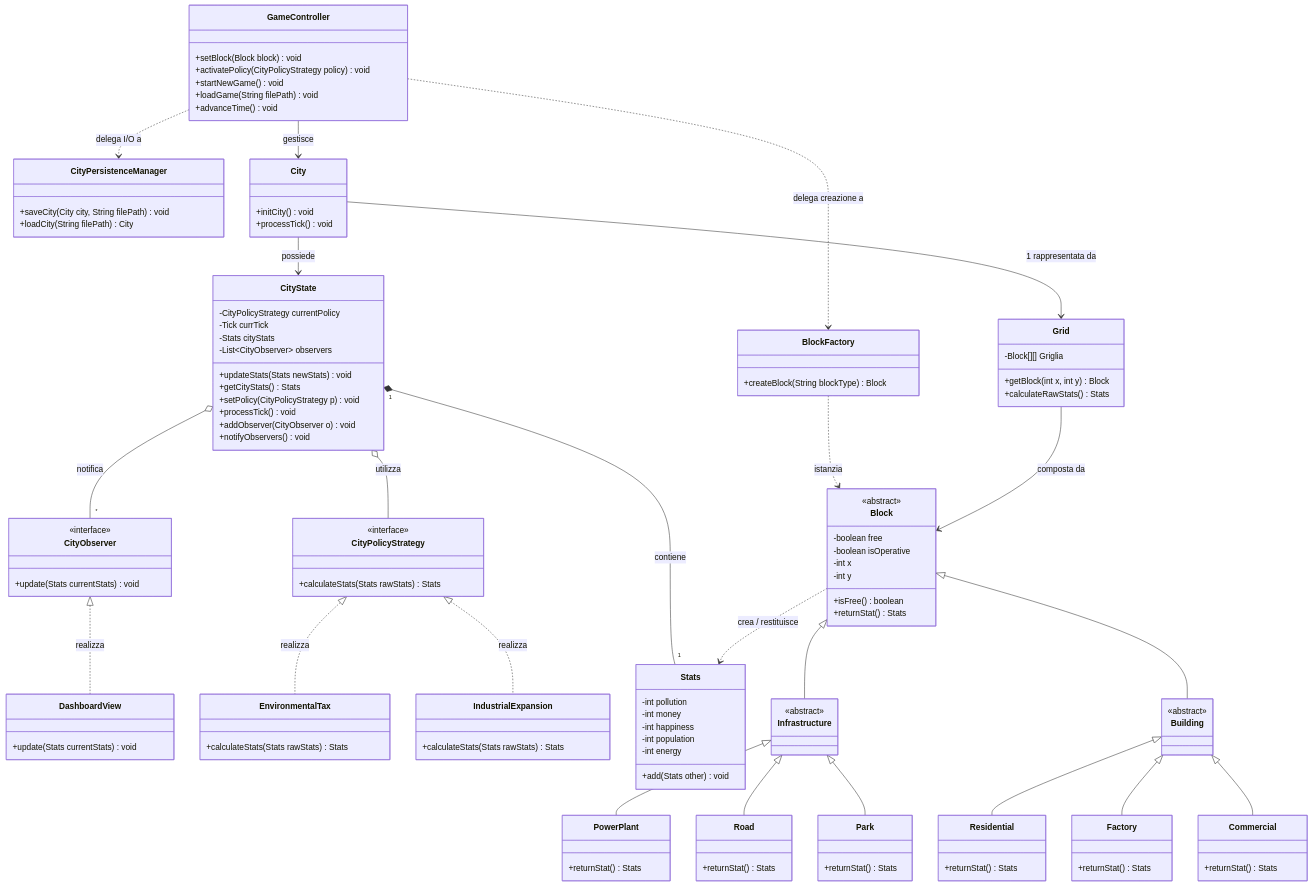
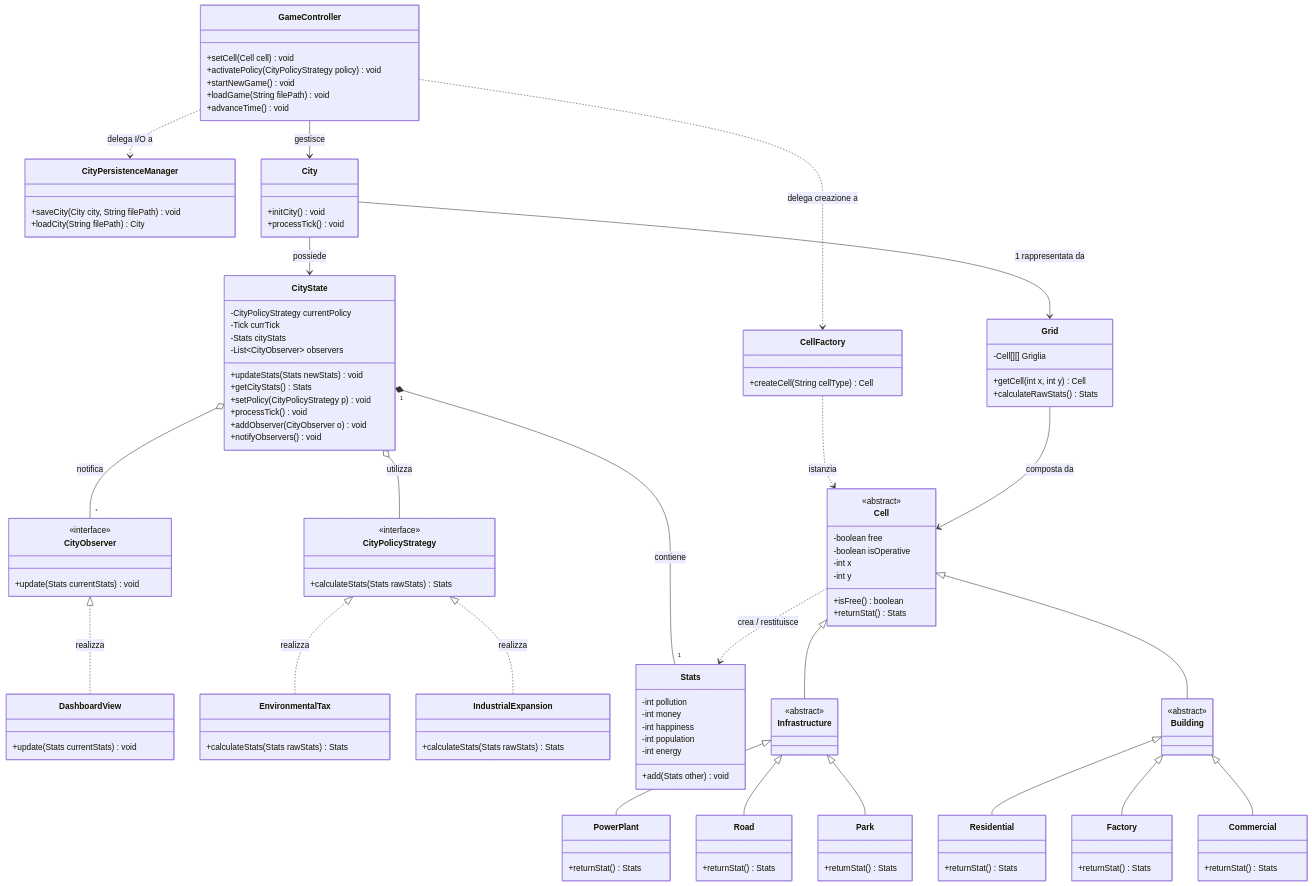
Before and after one commit to LucaGea/Amatriciana: the diagram in design.md, drawn with Mermaid.

```diff
--- a/design.md
+++ b/design.md
@@ -7,15 +7,15 @@
     %% ==========================================
 
     class GameController {
-        +setBlock(Block block) void
+        +setCell(Cell cell) void
         +activatePolicy(CityPolicyStrategy policy) void
         +startNewGame() void
         +loadGame(String filePath) void
         +advanceTime() void
     }
 
-    class BlockFactory {
-        +createBlock(String blockType) Block
+    class CellFactory {
+        +createCell(String cellType) Cell
     }
 
     class CityPersistenceManager {
@@ -64,12 +64,12 @@
     }
 
     class Grid {
-        -Block[][] Griglia
-        +getBlock(int x, int y) Block
+        -Cell[][] Griglia
+        +getCell(int x, int y) Cell
         +calculateRawStats() Stats
     }
 
-    class Block {
+    class Cell {
         <<abstract>>
         -boolean free
         -boolean isOperative
@@ -127,13 +127,13 @@
     GameController --> City : gestisce
     
     %% Relazioni Pattern e Gestori Esterni
-    GameController ..> BlockFactory : delega creazione a
+    GameController ..> CellFactory : delega creazione a
     GameController ..> CityPersistenceManager : delega I/O a
-    BlockFactory ..> Block : istanzia
+    CellFactory ..> Cell : istanzia
 
     City --> CityState : possiede
     City --> Grid : 1 rappresentata da
-    Grid --> Block : composta da
+    Grid --> Cell : composta da
     
     %% Observer Pattern
     CityObserver <|.. DashboardView : realizza
@@ -142,15 +142,15 @@
     %% CityState possiede le statistiche attuali della città
     CityState "1" *-- "1" Stats : contiene
 
-    %% Block crea le statistiche per il calcolo del delta
-    Block ..> Stats : crea / restituisce
+    %% Cell crea le statistiche per il calcolo del delta
+    Cell ..> Stats : crea / restituisce
 
     CityState o-- CityPolicyStrategy : utilizza
     CityPolicyStrategy <|.. EnvironmentalTax : realizza
     CityPolicyStrategy <|.. IndustrialExpansion : realizza
 
-    Block <|-- Infrastructure
-    Block <|-- Building
+    Cell <|-- Infrastructure
+    Cell <|-- Building
 
     Infrastructure <|-- PowerPlant
     Infrastructure <|-- Road
```
